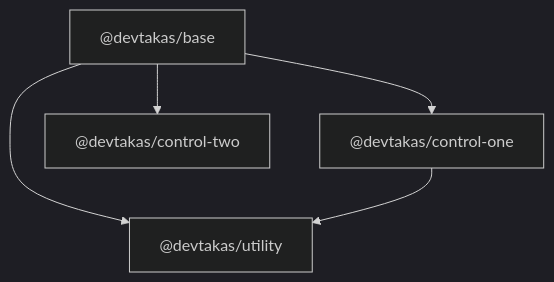
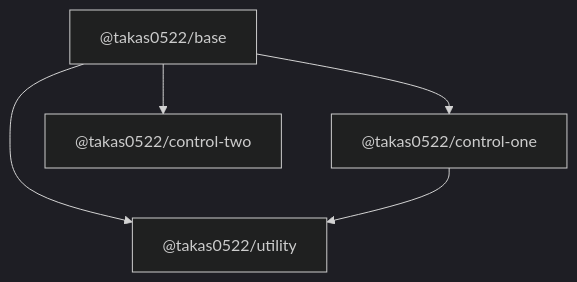
One commit to Takas0522/dotnetlab-demos changed the diagram in 2023/03-monolib-deploy/README.md. Above: the diagram before and after it, drawn with Mermaid (dark theme). The commit also changed 78 other files, not shown here.

````diff
--- a/2023/03-monolib-deploy/README.md
+++ b/2023/03-monolib-deploy/README.md
@@ -3,11 +3,11 @@
 ``` mermaid
 flowchart TD
-utl["@devtakas/utility"]
-co["@devtakas/control-one"]
-ct["@devtakas/control-two"]
-b["@devtakas/base"]
+utl["@takas0522/utility"]
+co["@takas0522/control-one"]
+ct["@takas0522/control-two"]
+b["@takas0522/base"]
 b --> ct
 b --> co
 b --> utl
 co --> utl
 ```
````
